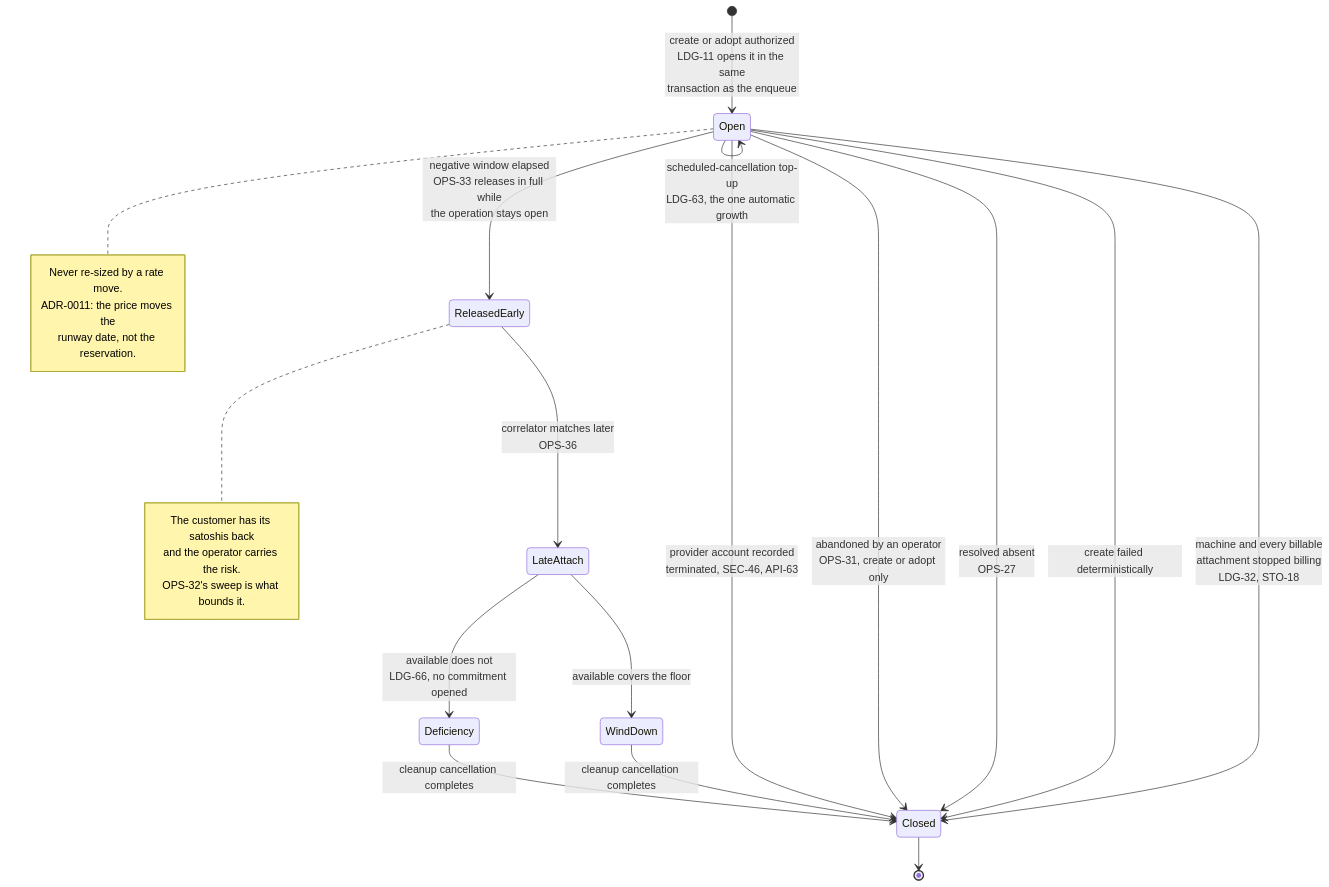
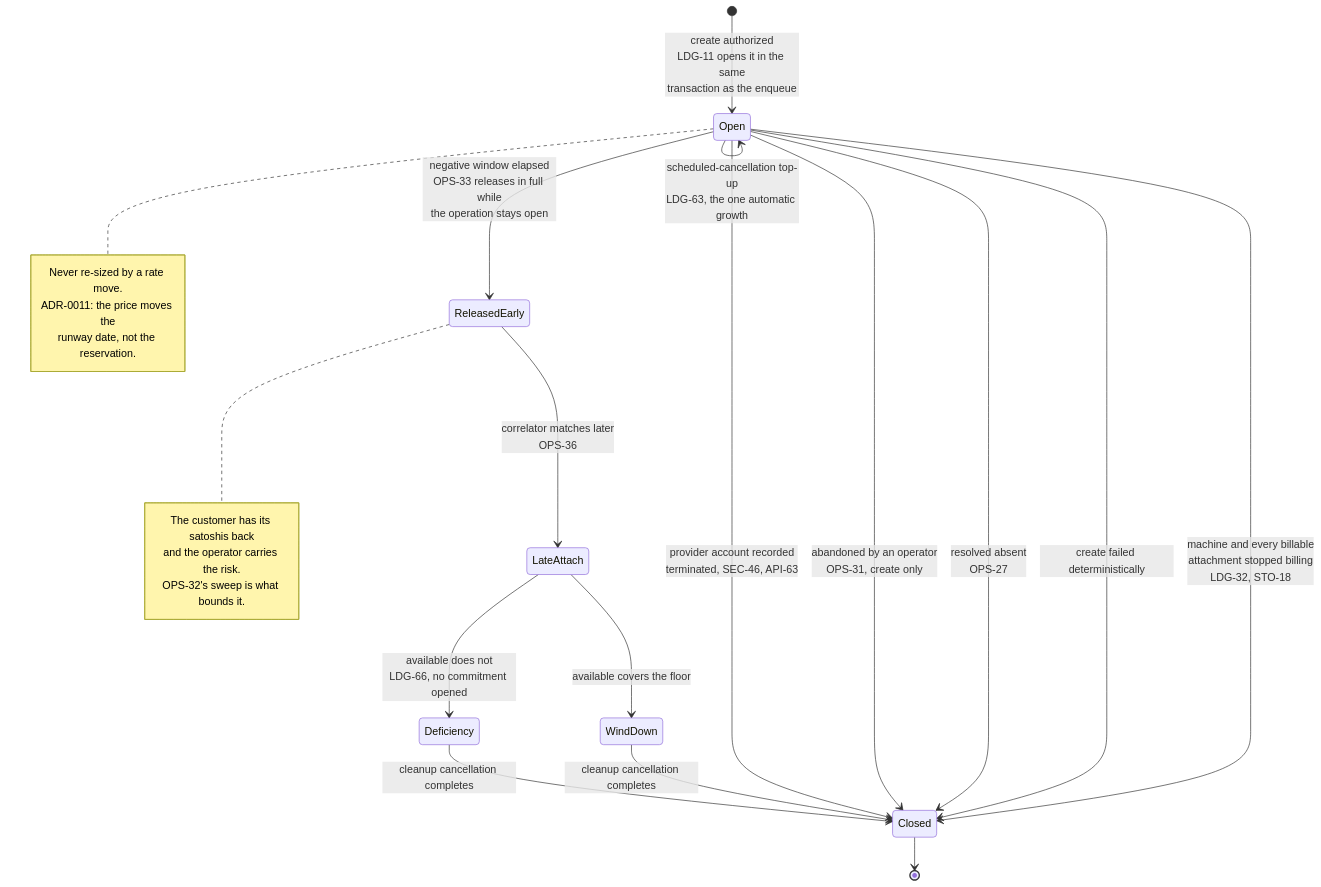
Before and after one commit to douglaz/provisiond: the diagram in 12-billing-and-ledger.md, drawn with Mermaid. The commit also changed other lines of this file and 16 other files, not shown here.

````diff
--- a/12-billing-and-ledger.md
+++ b/12-billing-and-ledger.md
@@ -169,36 +169,36 @@
 ```mermaid
 stateDiagram-v2
     direction TB
-    [*] --> Open : create or adopt authorized<br/>LDG-11 opens it in the same<br/>transaction as the enqueue
+    [*] --> Open : create authorized<br/>LDG-11 opens it in the same<br/>transaction as the enqueue
 
     Open --> Open : usage_debit posted<br/>LDG-31 decrements by the same<br/>amount, same transaction
     Open --> Open : extend-runway<br/>LDG-62, caller action, fenced by OPS-42
     Open --> Open : scheduled-cancellation top-up<br/>LDG-63, the one automatic growth
 
     Open --> Closed : machine and every billable<br/>attachment stopped billing<br/>LDG-32, STO-18
     Open --> Closed : create failed deterministically
     Open --> Closed : resolved absent<br/>OPS-27
-    Open --> Closed : abandoned by an operator<br/>OPS-31, create or adopt only
+    Open --> Closed : abandoned by an operator<br/>OPS-31, create only
     Open --> Closed : provider account recorded<br/>terminated, SEC-46, API-63
     Open --> ReleasedEarly : negative window elapsed<br/>OPS-33 releases in full while<br/>the operation stays open
 
     ReleasedEarly --> LateAttach : correlator matches later<br/>OPS-36
     LateAttach --> WindDown : available covers the floor
     LateAttach --> Deficiency : available does not<br/>LDG-66, no commitment opened
     WindDown --> Closed : cleanup cancellation completes
     Deficiency --> Closed : cleanup cancellation completes
 
     Closed --> [*]
 
     note right of Open
         Never re-sized by a rate move.
         ADR-0011: the price moves the
         runway date, not the reservation.
     end note
 
     note right of ReleasedEarly
         The customer has its satoshis back
         and the operator carries the risk.
         OPS-32's sweep is what bounds it.
     end note
 ```
````
